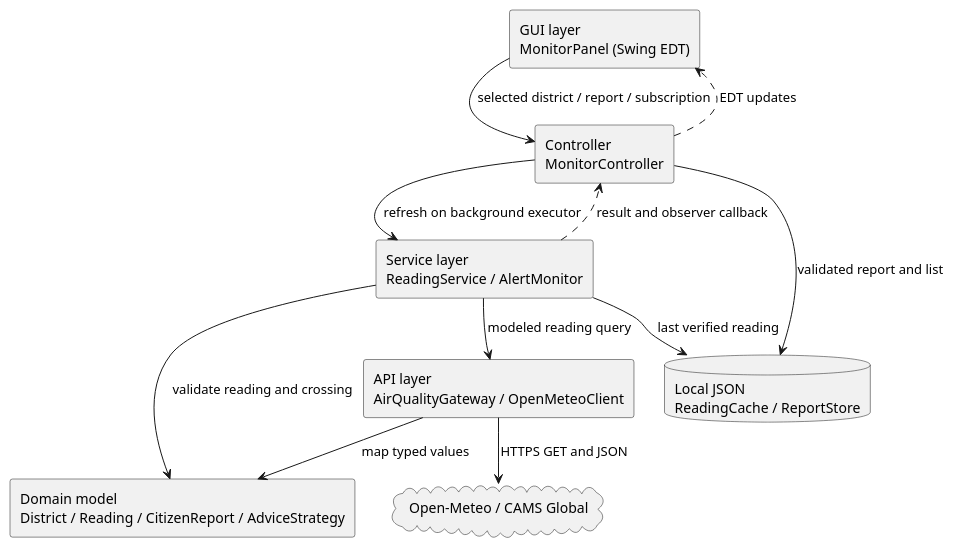
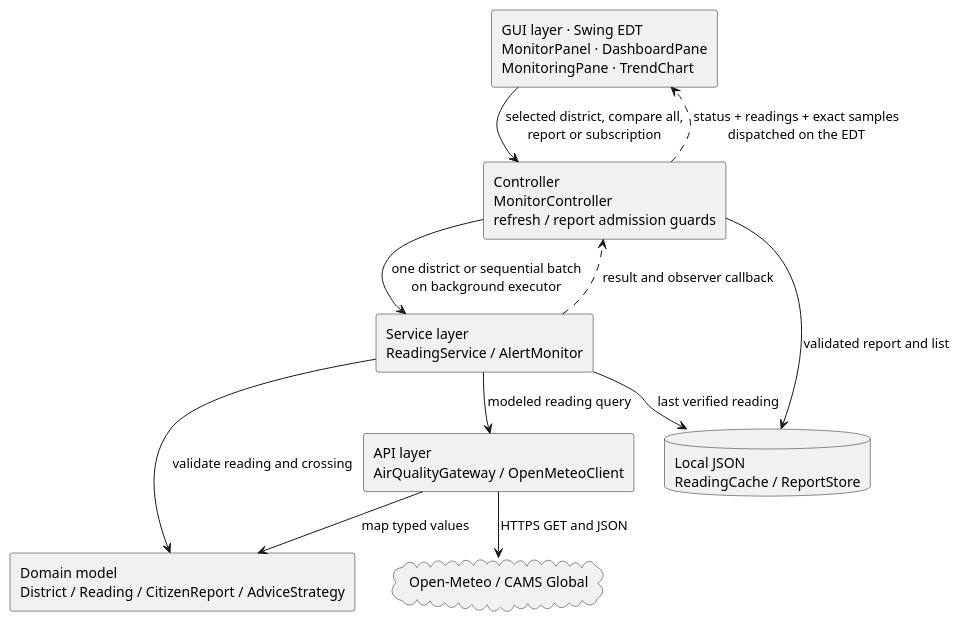
The diagram in diagrams/architecture.puml (ThatsNolz/csc61204-kl-air-and-parks), drawn with PlantUML before and after one commit. The commit also changed 17 other files, not shown here.

```diff
--- a/diagrams/architecture.puml
+++ b/diagrams/architecture.puml
@@ -1,23 +1,23 @@
 @startuml
 !pragma layout smetana
 skinparam shadowing false
 skinparam monochrome true
 top to bottom direction
-rectangle "GUI layer\nMonitorPanel (Swing EDT)" as UI
-rectangle "Controller\nMonitorController" as CTL
+rectangle "GUI layer · Swing EDT\nMonitorPanel · DashboardPane\nMonitoringPane · TrendChart" as UI
+rectangle "Controller\nMonitorController\nrefresh / report admission guards" as CTL
 rectangle "Service layer\nReadingService / AlertMonitor" as SVC
 rectangle "Domain model\nDistrict / Reading / CitizenReport / AdviceStrategy" as DOMAIN
 rectangle "API layer\nAirQualityGateway / OpenMeteoClient" as API
 database "Local JSON\nReadingCache / ReportStore" as STORE
 cloud "Open-Meteo / CAMS Global" as WEB
-UI --> CTL : selected district / report / subscription
-CTL --> SVC : refresh on background executor
+UI --> CTL : selected district, compare all,\nreport or subscription
+CTL --> SVC : one district or sequential batch\non background executor
 CTL --> STORE : validated report and list
 SVC --> API : modeled reading query
 SVC --> STORE : last verified reading
 API --> WEB : HTTPS GET and JSON
 API --> DOMAIN : map typed values
 SVC --> DOMAIN : validate reading and crossing
 SVC ..> CTL : result and observer callback
-CTL ..> UI : EDT updates
+CTL ..> UI : status + readings + exact samples\ndispatched on the EDT
 @enduml
```
